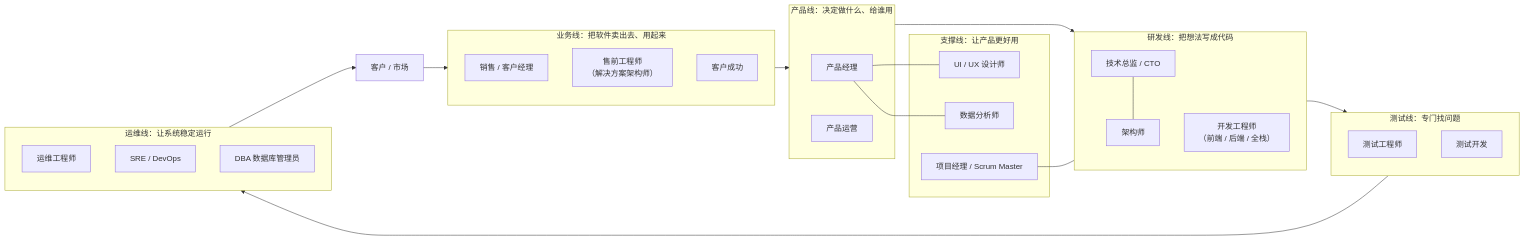
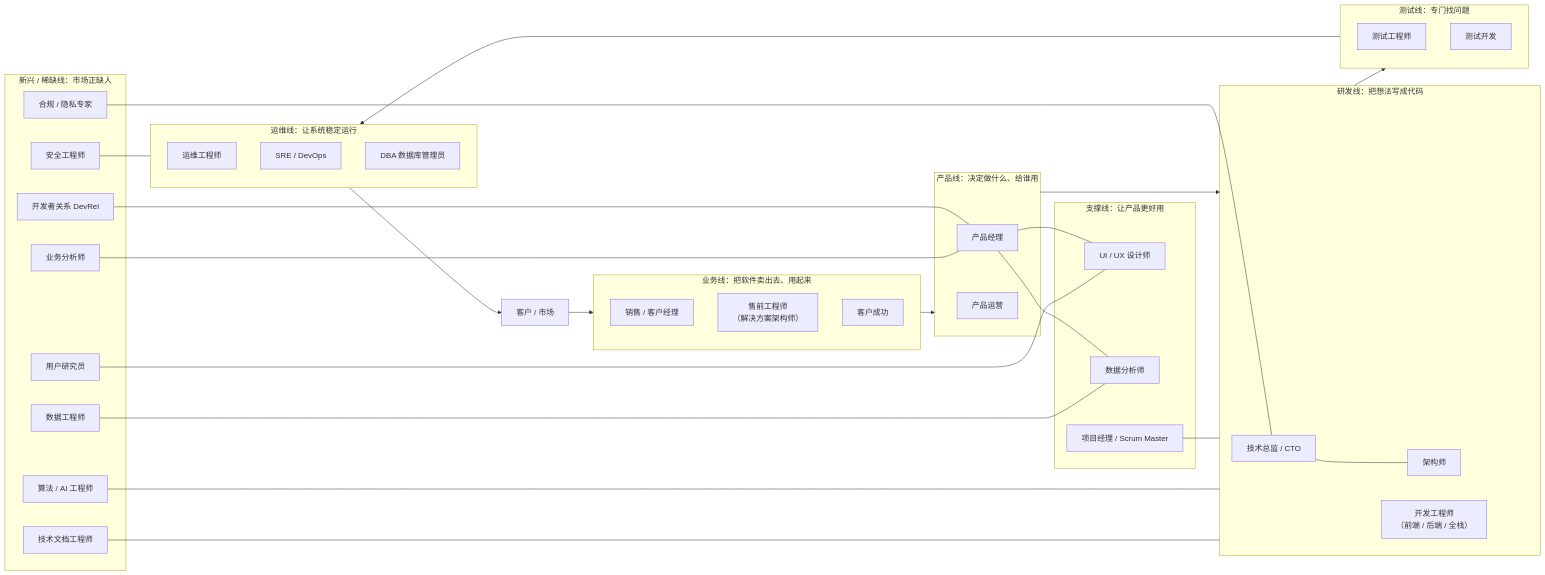
One commit to lnsyyj/lnsyyj.github.io changed the first of 2 diagrams in _posts/2026-11-14-software-industry-job-roles.md. Above: the diagram before and after it, drawn with Mermaid. The commit also changed other lines of this file, not shown here.

Commit message:
补充：软件行业新兴/稀缺岗位（AI工程师、数据工程师、安全、文档、DevRel、用户研究、业务分析、合规）

````diff
--- a/_posts/2026-11-14-software-industry-job-roles.md
+++ b/_posts/2026-11-14-software-industry-job-roles.md
@@ -25,50 +25,69 @@
 ```mermaid
 flowchart LR
     CUST["客户 / 市场"]
 
     subgraph BUS["业务线：把软件卖出去、用起来"]
         SAL["销售 / 客户经理"]
         PRE["售前工程师<br/>（解决方案架构师）"]
         CS["客户成功"]
     end
 
     subgraph PRD["产品线：决定做什么、给谁用"]
         PM["产品经理"]
         POP["产品运营"]
     end
 
     subgraph DEV["研发线：把想法写成代码"]
         CTO["技术总监 / CTO"]
         ARCH["架构师"]
         DEV1["开发工程师<br/>（前端 / 后端 / 全栈）"]
     end
 
     subgraph TST["测试线：专门找问题"]
         QA["测试工程师"]
         SDET["测试开发"]
     end
 
     subgraph OPS["运维线：让系统稳定运行"]
         OP1["运维工程师"]
         SRE["SRE / DevOps"]
         DBA["DBA 数据库管理员"]
     end
 
     subgraph SUP["支撑线：让产品更好用"]
         UX["UI / UX 设计师"]
         DATA["数据分析师"]
         PMO["项目经理 / Scrum Master"]
     end
 
+    subgraph NEW["新兴 / 稀缺线：市场正缺人"]
+        AI["算法 / AI 工程师"]
+        DE["数据工程师"]
+        SEC["安全工程师"]
+        TW["技术文档工程师"]
+        DR["开发者关系 DevRel"]
+        UR["用户研究员"]
+        BA["业务分析师"]
+        CP["合规 / 隐私专家"]
+    end
+
     CUST --> BUS
     BUS --> PRD
     PRD --> DEV
     DEV --> TST
     TST --> OPS
     OPS --> CUST
 
     PM --- UX
     PM --- DATA
     PMO --- DEV
     CTO --- ARCH
+    AI --- DEV
+    DE --- DATA
+    SEC --- OPS
+    TW --- DEV
+    DR --- PM
+    UR --- UX
+    BA --- PM
+    CP --- CTO
 ```
````
